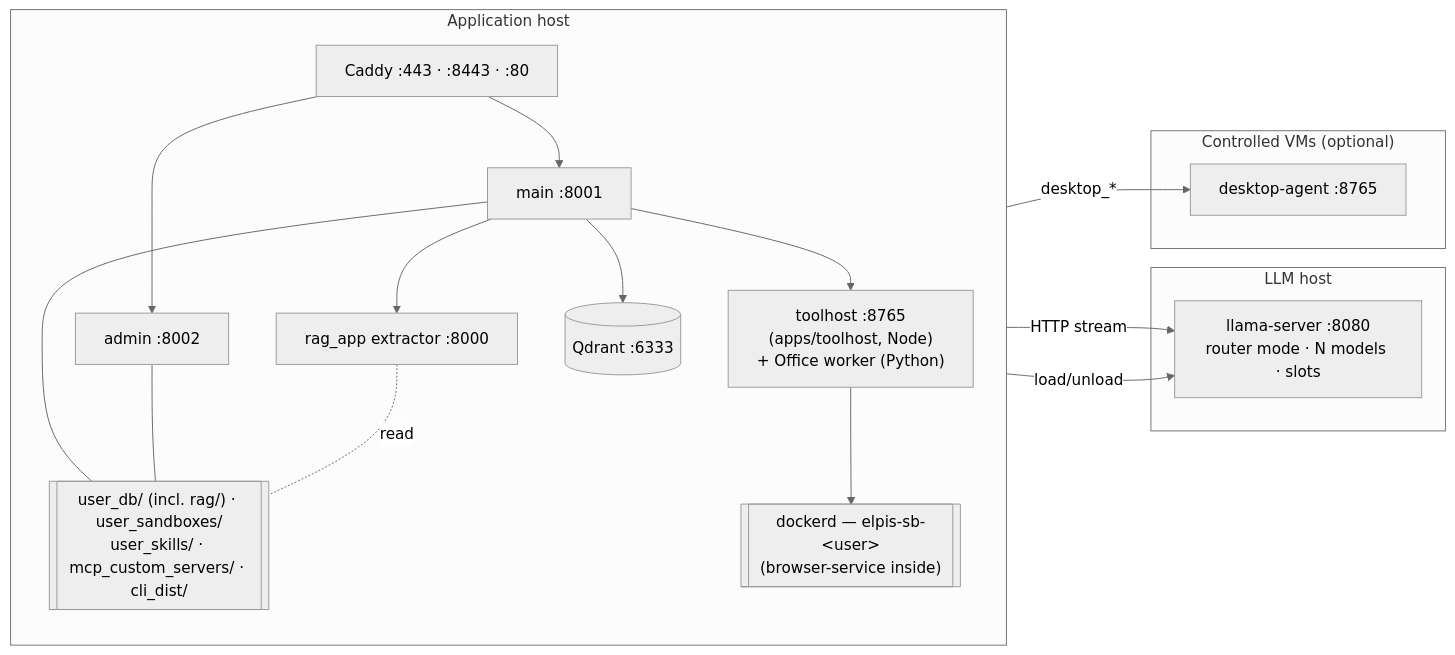
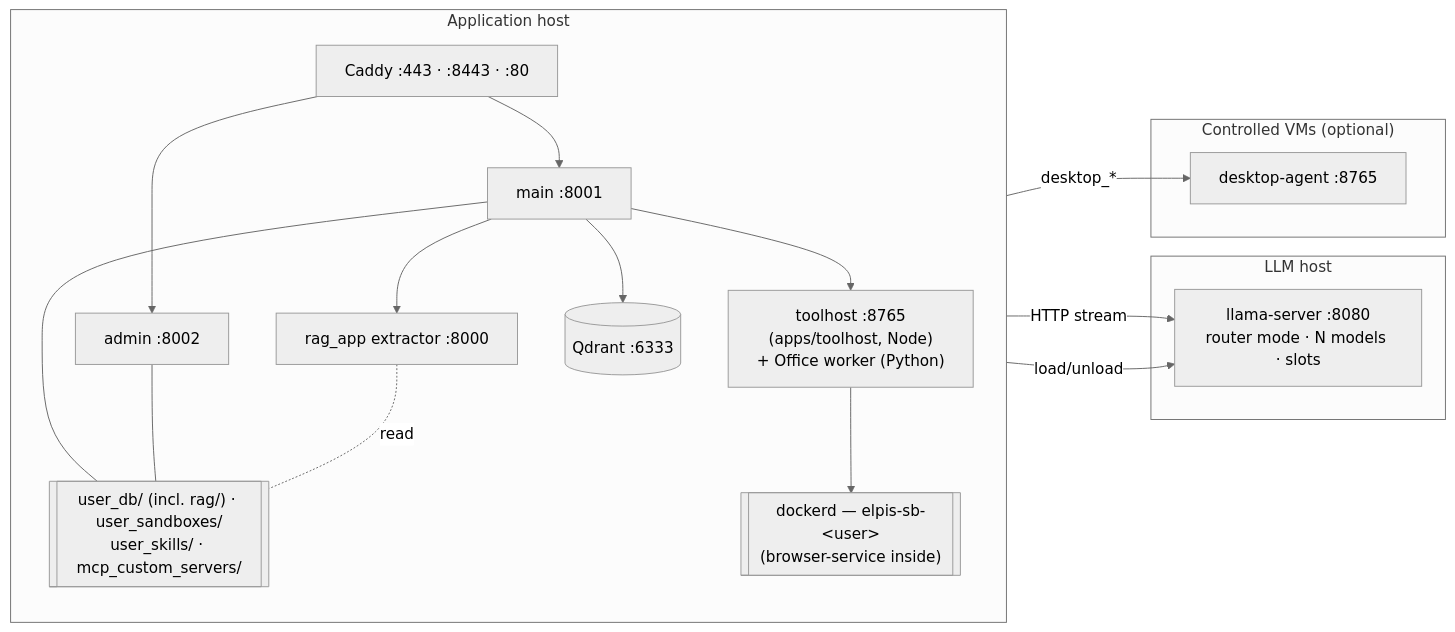
Before and after one commit to toto-fou/Elpis: the second of 16 diagrams in docs/architecture.md, drawn with Mermaid (neutral theme). The commit also changed other lines of this file and 108 other files, not shown here.

````diff
--- a/docs/architecture.md
+++ b/docs/architecture.md
@@ -226,29 +224,29 @@
 ```mermaid
 flowchart LR
     subgraph host1["Application host"]
         direction TB
         c["Caddy :443 · :8443 · :80"]
         m["main :8001"]
         a["admin :8002"]
         s["toolhost :8765<br/>(apps/toolhost, Node)<br/>+ Office worker (Python)"]
         r["rag_app extractor :8000"]
         q[("Qdrant :6333")]
-        d[["user_db/ (incl. rag/) · user_sandboxes/<br/>user_skills/ · mcp_custom_servers/ · cli_dist/"]]
+        d[["user_db/ (incl. rag/) · user_sandboxes/<br/>user_skills/ · mcp_custom_servers/"]]
         dk[["dockerd — elpis-sb-&lt;user&gt;<br/>(browser-service inside)"]]
         c --> m & a
         m --- d
         a --- d
         m --> s --> dk
         m --> r & q
         r -. "read" .- d
     end
     subgraph host2["LLM host"]
         l["llama-server :8080<br/>router mode · N models · slots"]
     end
     subgraph host4["Controlled VMs (optional)"]
         ag["desktop-agent :8765"]
     end
     m -- HTTP stream --> l
     a -- "load/unload" --> l
     s -- "desktop_*" --> ag
 ```
````
